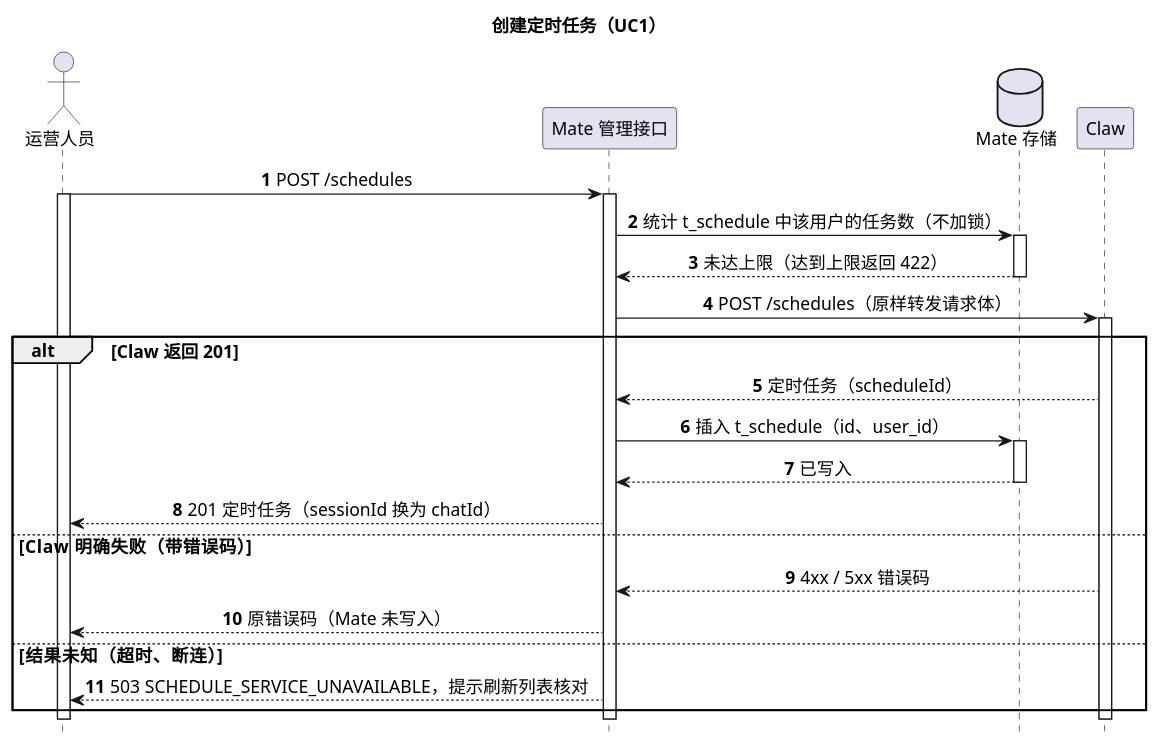
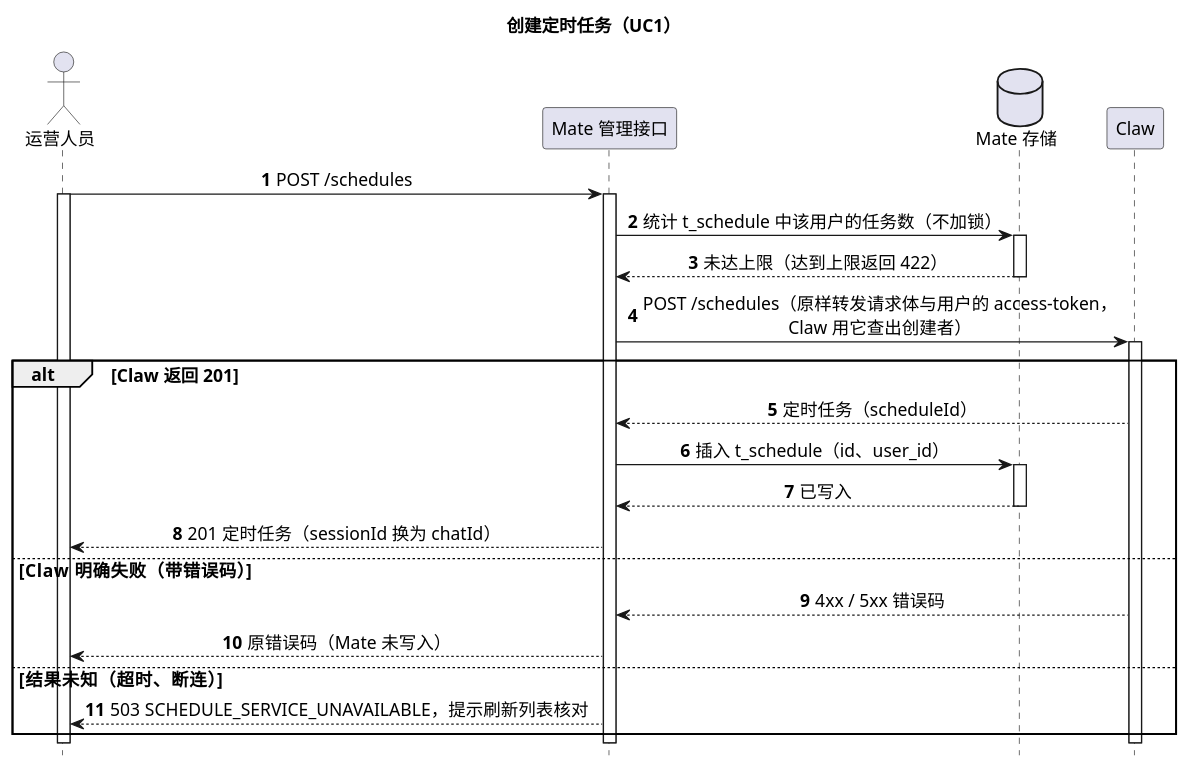
One commit to ssm0808/pi-mono-java-design changed the second of 4 diagrams in 02-服务与接口/08-mate-service定时任务/diagram.puml. Above: the diagram before and after it, drawn with PlantUML. The commit also changed 9 other files, not shown here.

First line of the commit message:
定时任务：创建与列表改为 Claw 用 access-token 查询用户

```diff
--- a/02-服务与接口/08-mate-service定时任务/diagram.puml
+++ b/02-服务与接口/08-mate-service定时任务/diagram.puml
@@ -50,35 +50,35 @@
 @startuml mate_schedule_create
 ' 目标：待实现；UC1 创建接口配置的任务。
 ' Claw 接口：POST /campusclaw-service/v1/schedules，见 01-总体架构/08-CampusClaw定时任务/README.md 第 4.4 节。
 ' mate-service 源码未核验；用户认证与权限由 Mate 框架按 access-token 在进入管理接口前完成，不在本图中。
 ' 表达方式：画正常创建与 Claw 结果三种去向；配额统计不加锁；写入失败直接返回 500，Claw 残留的对账见 README.md 第 3.7 节。
 title 创建定时任务（UC1）
 hide footbox
 skinparam backgroundColor white
 skinparam defaultFontSize 14
 skinparam sequenceMessageAlign center
 actor "运营人员" as Operator
 participant "Mate 管理接口" as Mate
 database "Mate 存储" as MateStore
 participant "Claw" as Claw
 autonumber
 Operator -> Mate ++ : POST /schedules
 activate Operator
 Mate -> MateStore ++ : 统计 t_schedule 中该用户的任务数（不加锁）
 return 未达上限（达到上限返回 422）
-Mate -> Claw ++ : POST /schedules（原样转发请求体）
+Mate -> Claw ++ : POST /schedules（原样转发请求体与用户的 access-token，\nClaw 用它查出创建者）
 alt Claw 返回 201
   Claw --> Mate : 定时任务（scheduleId）
   Mate -> MateStore ++ : 插入 t_schedule（id、user_id）
   return 已写入
   Mate --> Operator : 201 定时任务（sessionId 换为 chatId）
 else Claw 明确失败（带错误码）
   Claw --> Mate : 4xx / 5xx 错误码
   Mate --> Operator : 原错误码（Mate 未写入）
 else 结果未知（超时、断连）
   Mate --> Operator : 503 SCHEDULE_SERVICE_UNAVAILABLE，提示刷新列表核对
 end
 deactivate Claw
 deactivate Mate
 deactivate Operator
 @enduml
```
